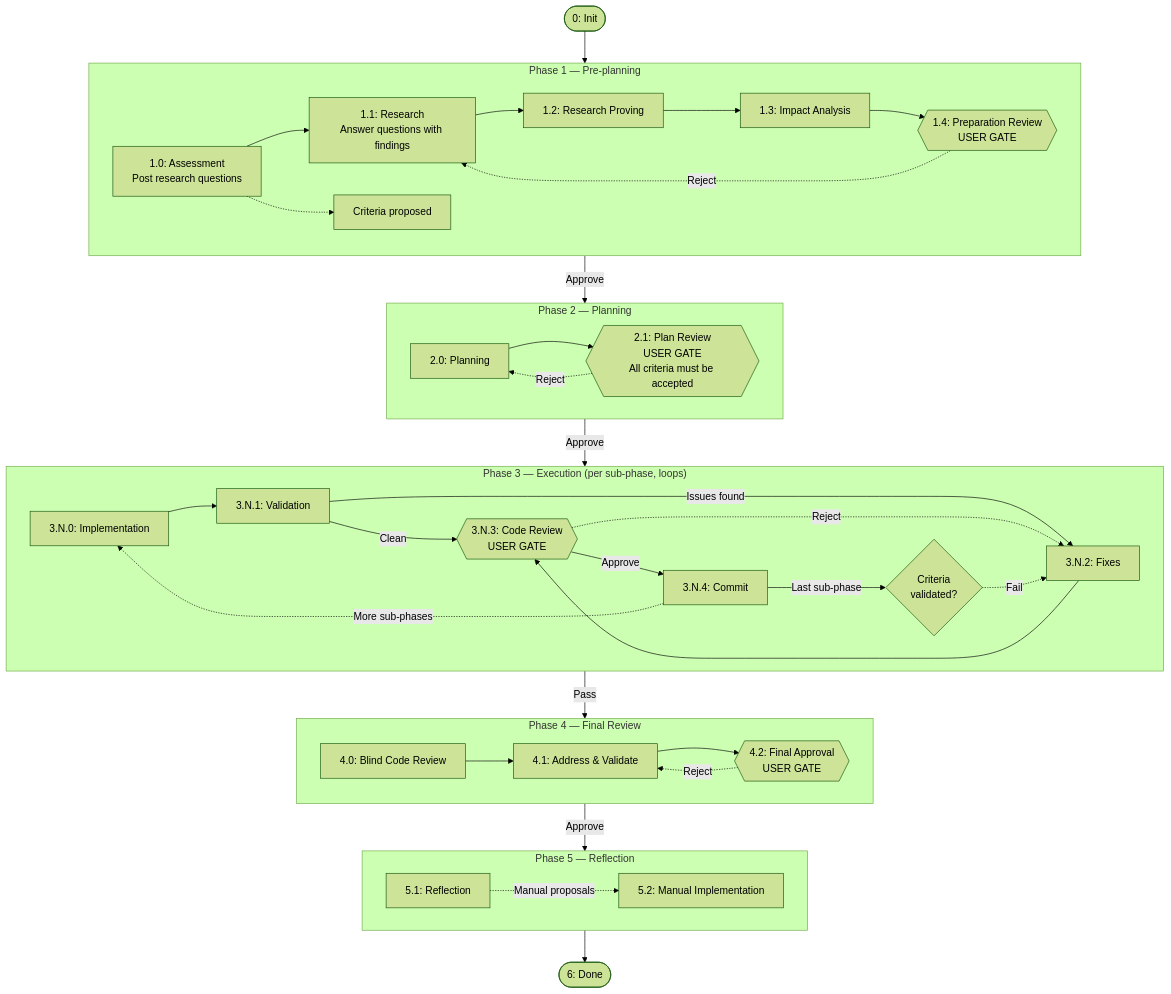
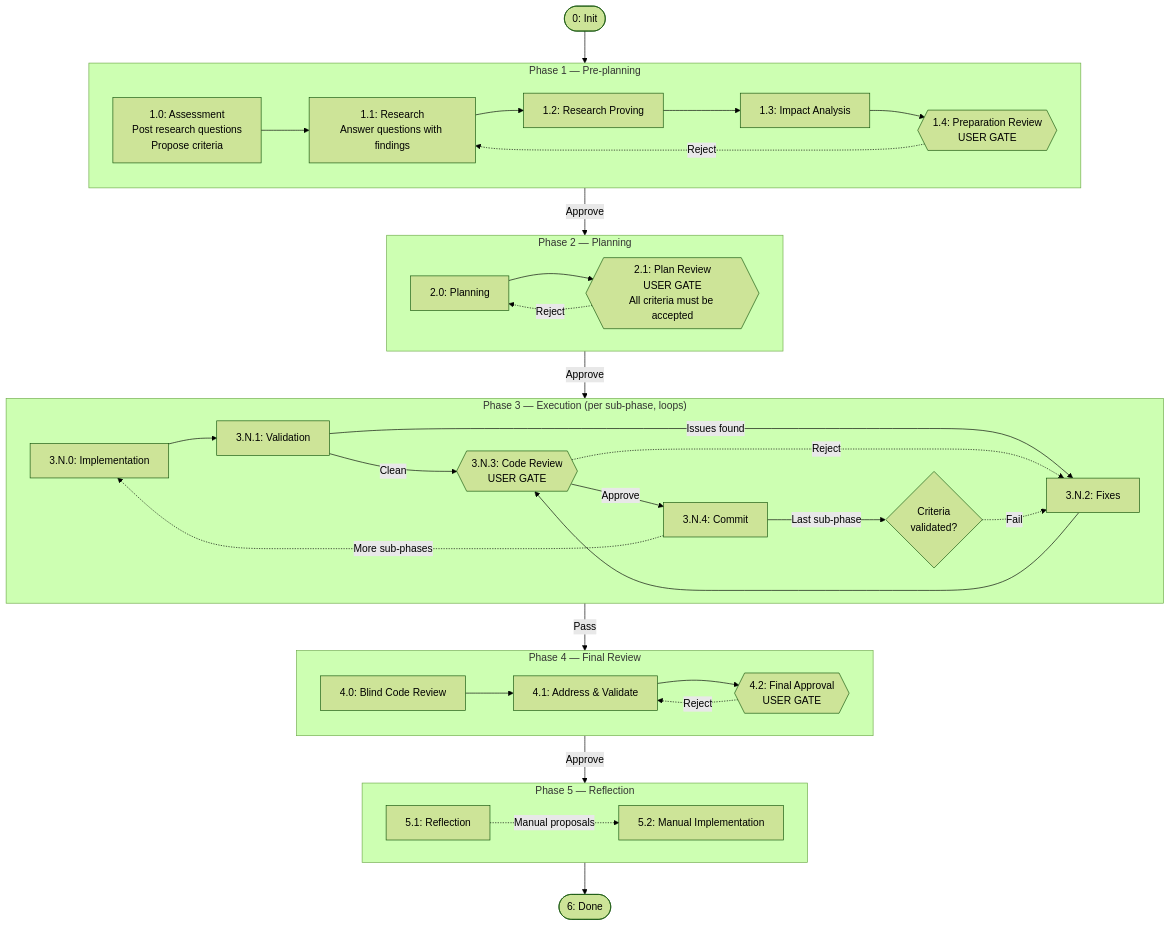
The diagram in README.md (IgnatRozhkoTR/governed-workflow), drawn with Mermaid (forest theme) before and after one commit.

Commit message:
Fold "Propose criteria" into the 1.0 Assessment node so the diagram renders
The dangling AC node only had one dotted inbound edge and no downstream
connection, which GitHub's mermaid renderer can't lay out ("Could not
find a suitable point for the given distance"). Folding the criteria
artifact into the A label removes the orphan without losing the fact
that criteria are proposed in phase 1.0.

````diff
--- a/README.md
+++ b/README.md
@@ -11,50 +11,49 @@
 ```mermaid
 flowchart TB
     Start([0: Init])
 
     subgraph P1["Phase 1 — Pre-planning"]
         direction LR
-        A["1.0: Assessment<br/>Post research questions"] --> R["1.1: Research<br/>Answer questions with findings"] --> RP["1.2: Research Proving"] --> IA["1.3: Impact Analysis"] --> G1{{"1.4: Preparation Review<br/>USER GATE"}}
-        A -.-> AC["Criteria proposed"]
+        A["1.0: Assessment<br/>Post research questions<br/>Propose criteria"] --> R["1.1: Research<br/>Answer questions with findings"] --> RP["1.2: Research Proving"] --> IA["1.3: Impact Analysis"] --> G1{{"1.4: Preparation Review<br/>USER GATE"}}
         G1 -.->|Reject| R
     end
 
     subgraph P2["Phase 2 — Planning"]
         direction LR
         PL["2.0: Planning"] --> G2{{"2.1: Plan Review<br/>USER GATE<br/>All criteria must be accepted"}}
         G2 -.->|Reject| PL
     end
 
     subgraph P3["Phase 3 — Execution (per sub-phase, loops)"]
         direction LR
         IM["3.N.0: Implementation"] --> V["3.N.1: Validation"]
         V -->|Clean| G3{{"3.N.3: Code Review<br/>USER GATE"}}
         V -->|Issues found| F["3.N.2: Fixes"]
         F --> G3
         G3 -->|Approve| C["3.N.4: Commit"]
         G3 -.->|Reject| F
         C -.->|More sub-phases| IM
         C -->|Last sub-phase| CV{"Criteria<br/>validated?"}
         CV -.->|Fail| F
     end
 
     subgraph P4["Phase 4 — Final Review"]
         direction LR
         BR["4.0: Blind Code Review"] --> AV["4.1: Address & Validate"] --> G4{{"4.2: Final Approval<br/>USER GATE"}}
         G4 -.->|Reject| AV
     end
 
     subgraph P5["Phase 5 — Reflection"]
         direction LR
         REF["5.1: Reflection"] -.->|Manual proposals| MI["5.2: Manual Implementation"]
     end
 
     Finish([6: Done])
 
     Start --> P1
     P1 -->|Approve| P2
     P2 -->|Approve| P3
     P3 -->|Pass| P4
     P4 -->|Approve| P5
     P5 --> Finish
 ```
````
